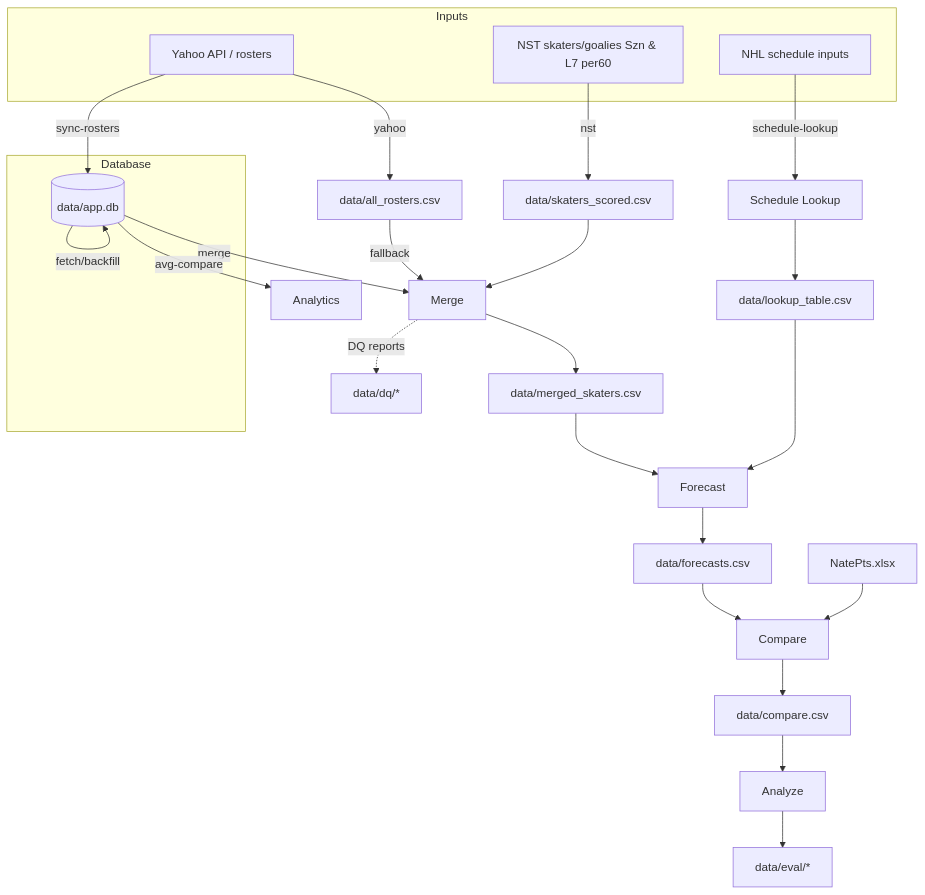
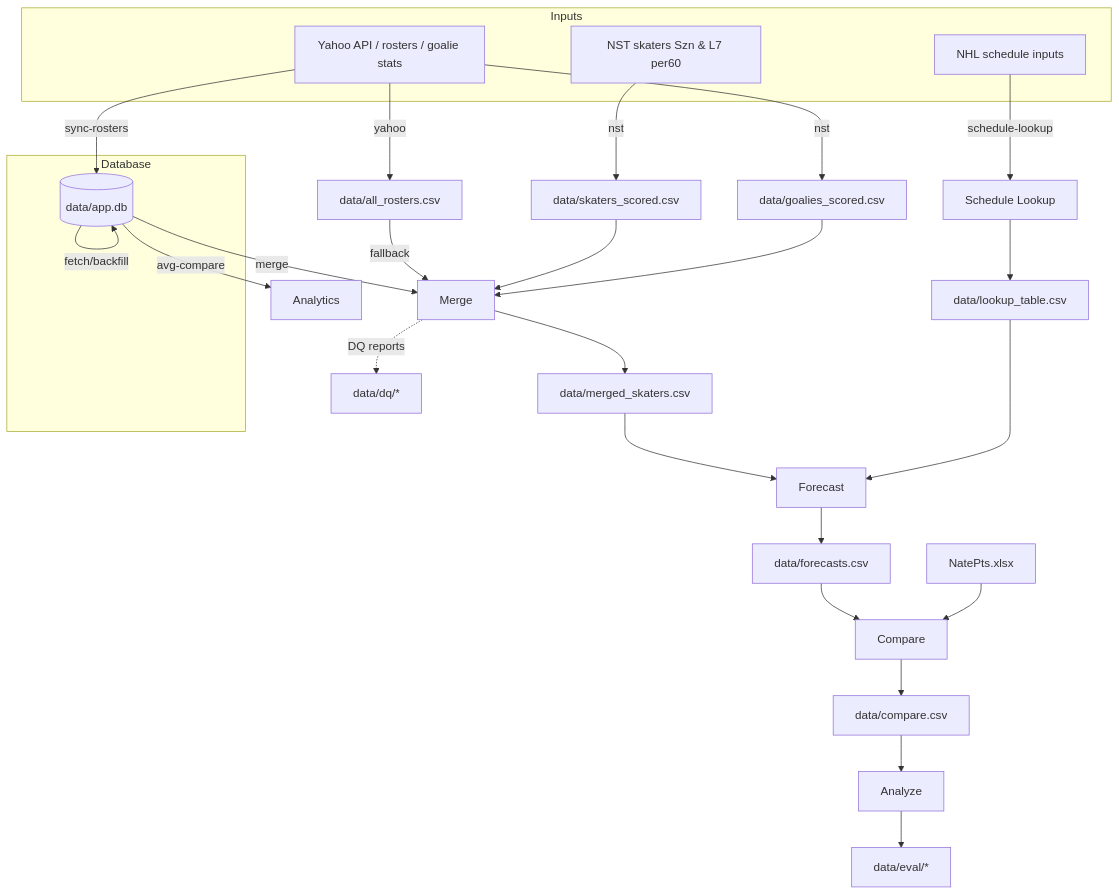
The diagram in docs/PROCESS.md (dsoluk/NSTstats), drawn with Mermaid before and after one commit. The commit also changed other lines of this file and 67 other files, not shown here.

````diff
--- a/docs/PROCESS.md
+++ b/docs/PROCESS.md
@@ -234,42 +241,44 @@
 ```mermaid
 flowchart TD
   subgraph Inputs
-    NST[NST skaters/goalies Szn & L7 per60]
-    Yahoo[Yahoo API / rosters]
+    NST[NST skaters Szn & L7 per60]
+    Yahoo[Yahoo API / rosters / goalie stats]
     SchedSrc[NHL schedule inputs]
   end
 
   subgraph Database
     DB[(data/app.db)]
   end
 
   Yahoo -- sync-rosters --> DB
   Yahoo -- yahoo --> RosterCSV[data/all_rosters.csv]
 
-  NST -- nst --> Scored[data/skaters_scored.csv]
+  NST -- nst --> ScoredSk8r[data/skaters_scored.csv]
+  Yahoo -- nst --> ScoredG[data/goalies_scored.csv]
   
   DB -- merge --> Merge
   RosterCSV -- fallback --> Merge
-  Scored --> Merge
+  ScoredSk8r --> Merge
+  ScoredG --> Merge
   
   Merge --> Merged[data/merged_skaters.csv]
 
   SchedSrc -- schedule-lookup --> Sched[Schedule Lookup]
   Sched --> Lookup[data/lookup_table.csv]
 
   Merged --> Forecast
   Lookup --> Forecast
   Forecast --> FCSV[data/forecasts.csv]
 
   FCSV --> Compare
   Proj[NatePts.xlsx] --> Compare
   Compare --> CCsv[data/compare.csv]
 
   CCsv --> Analyze
   Analyze --> Eval[data/eval/*]
 
   Merge -. DQ reports .-> DQ[data/dq/*]
   
   DB -- avg-compare --> Analytics
   DB -- fetch/backfill --> DB
 ```
````
